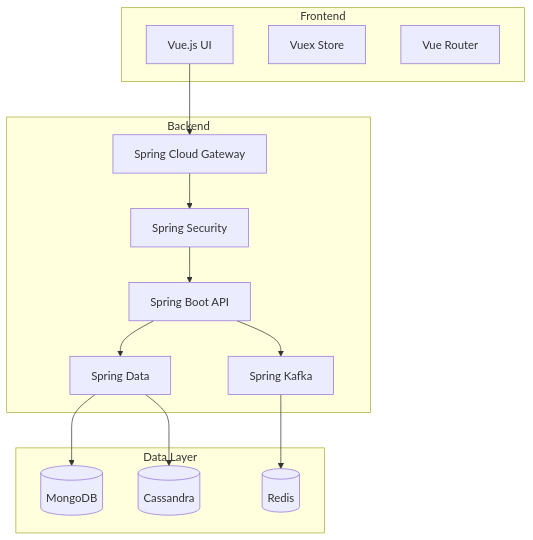
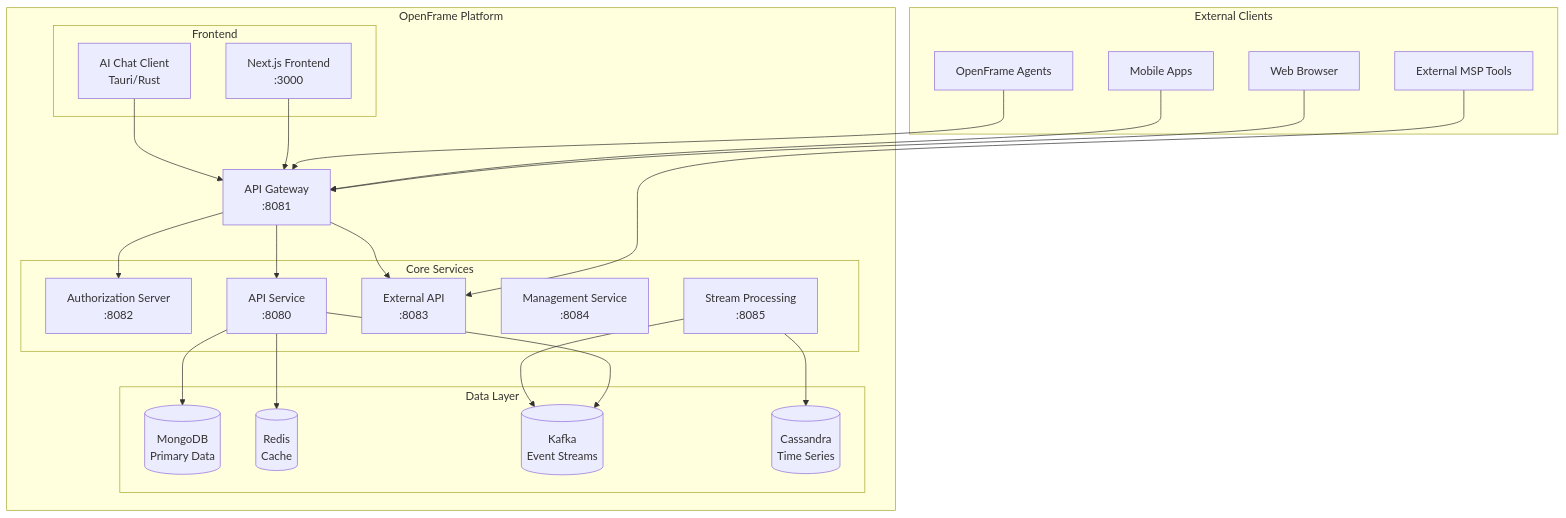
Before and after one commit to flamingo-stack/openframe-oss-tenant: the first of 13 diagrams in docs/development/architecture/overview.md, drawn with Mermaid. The commit also changed other lines of this file and 9 other files, not shown here.

````diff
--- a/docs/development/architecture/overview.md
+++ b/docs/development/architecture/overview.md
@@ -7,31 +7,52 @@
 ```mermaid
 graph TB
-    subgraph Frontend
-        UI[Vue.js UI]
-        Store[Vuex Store]
-        Router[Vue Router]
+    subgraph "External Clients"
+        Browser[Web Browser]
+        Mobile[Mobile Apps]
+        Agents[OpenFrame Agents]
+        Tools[External MSP Tools]
     end
-
-    subgraph Backend
-        Gateway[Spring Cloud Gateway]
-        Auth[Spring Security]
-        API[Spring Boot API]
-        Stream[Spring Kafka]
-        Data[Spring Data]
+    
+    subgraph "OpenFrame Platform"
+        Gateway[API Gateway<br/>:8081]
+        
+        subgraph "Core Services"
+            Auth[Authorization Server<br/>:8082]
+            API[API Service<br/>:8080]
+            External[External API<br/>:8083]
+            Management[Management Service<br/>:8084]
+            Stream[Stream Processing<br/>:8085]
+        end
+        
+        subgraph "Data Layer"
+            MongoDB[(MongoDB<br/>Primary Data)]
+            Redis[(Redis<br/>Cache)]
+            Kafka[(Kafka<br/>Event Streams)]
+            Cassandra[(Cassandra<br/>Time Series)]
+        end
+        
+        subgraph "Frontend"
+            NextJS[Next.js Frontend<br/>:3000]
+            Chat[AI Chat Client<br/>Tauri/Rust]
+        end
     end
-
-    subgraph Data Layer
-        MongoDB[(MongoDB)]
-        Cassandra[(Cassandra)]
-        Redis[(Redis)]
-    end
-
-    UI --> Gateway
+    
+    Browser --> Gateway
+    Mobile --> Gateway
+    Agents --> Gateway
+    Tools --> External
+    
     Gateway --> Auth
-    Auth --> API
-    API --> Stream
-    API --> Data
-    Data --> MongoDB
-    Data --> Cassandra
-    Stream --> Redis
+    Gateway --> API
+    Gateway --> External
+    
+    API --> MongoDB
+    API --> Redis
+    API --> Kafka
+    
+    Stream --> Kafka
+    Stream --> Cassandra
+    
+    NextJS --> Gateway
+    Chat --> Gateway
 ```
````
